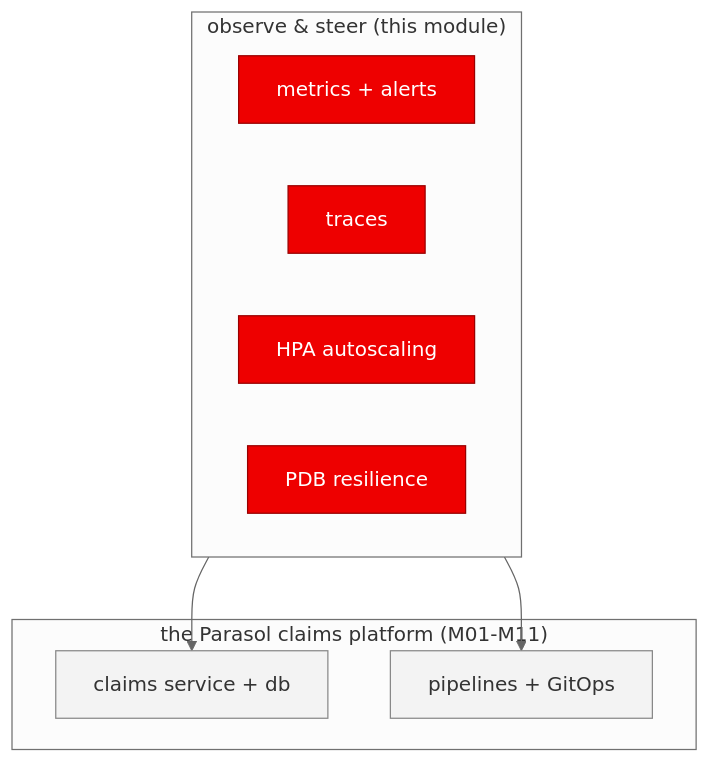
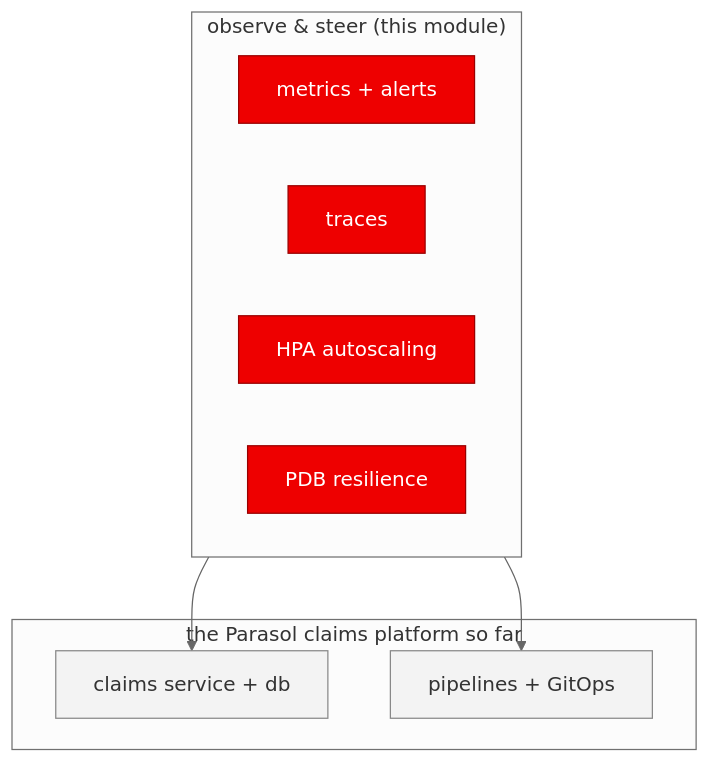
One commit to serhat-dirik/OCP-Getting-Started-Revamped changed the fourth of 4 diagrams in content/modules/ROOT/pages/observability-health-scale/concept.adoc. Above: the diagram before and after it, drawn with Mermaid (neutral theme). The commit also changed other lines of this file and 7 other files, not shown here.

```diff
--- a/content/modules/ROOT/pages/observability-health-scale/concept.adoc
+++ b/content/modules/ROOT/pages/observability-health-scale/concept.adoc
@@ -132,20 +132,20 @@
 [mermaid]
 ....
 flowchart TB
   subgraph OBS["observe & steer (this module)"]
     MET[metrics + alerts]
     TRC[traces]
     HPA2[HPA autoscaling]
     PDB2[PDB resilience]
   end
-  subgraph PLAT["the Parasol claims platform (M01-M11)"]
+  subgraph PLAT["the Parasol claims platform so far"]
     APP[claims service + db]
     DEL[pipelines + GitOps]
   end
   OBS --> APP
   OBS --> DEL
   classDef hi fill:#e00,stroke:#900,color:#fff;
   classDef plat fill:#f3f3f3,stroke:#888,color:#333;
   class MET,TRC,HPA2,PDB2 hi;
   class APP,DEL plat;
 ....
```
